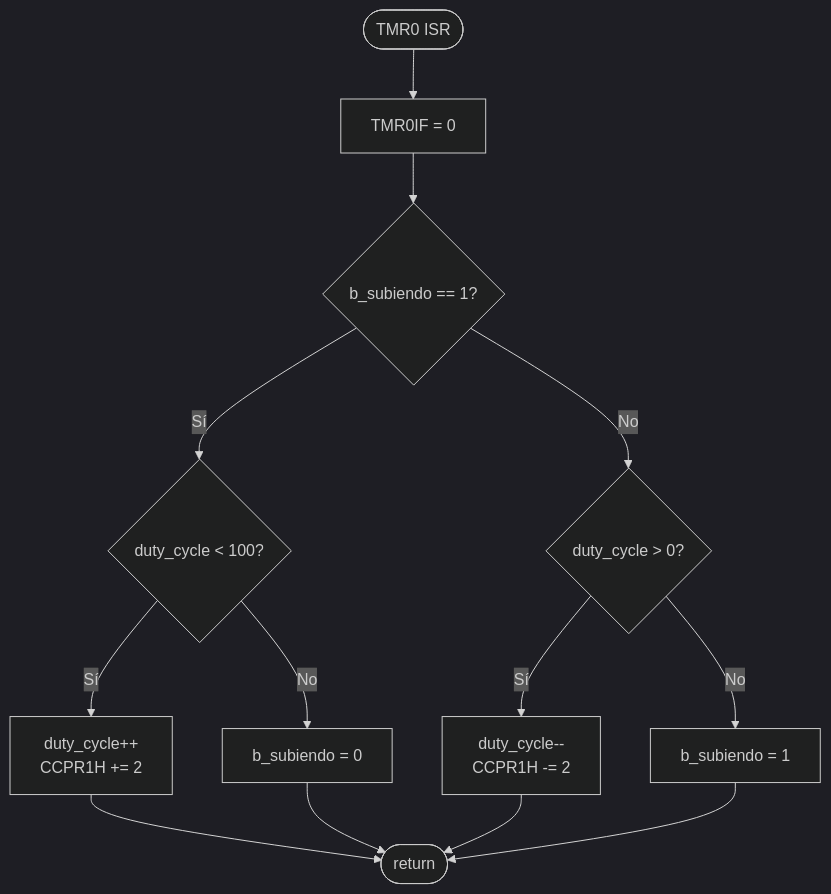
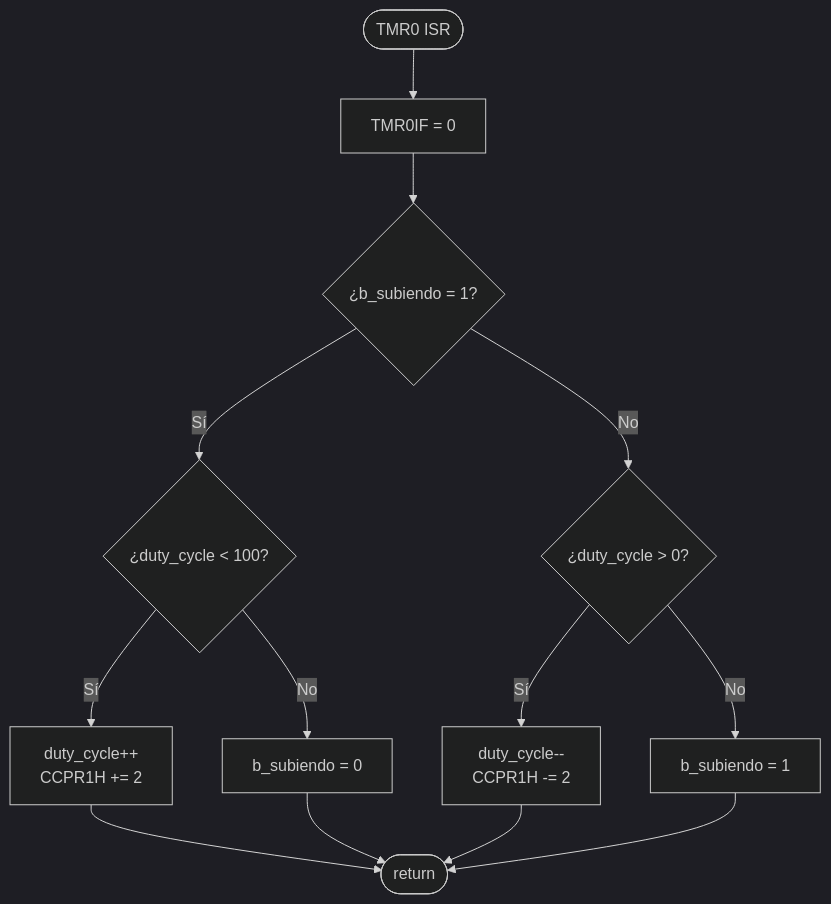
The second of 2 diagrams in README.md (remgo696/PIC18F47Q10-FadingLED), drawn with Mermaid (dark theme) before and after one commit. The commit also changed other lines of this file, not shown here.

Commit message:
Fix LaTeX formatting in README.md for PWM calculations and flowchart conditions

````diff
--- a/README.md
+++ b/README.md
@@ -293,20 +293,20 @@
 ```mermaid
 flowchart TD
     A([TMR0 ISR]) --> B["TMR0IF = 0"]
-    B --> C{"b_subiendo == 1?"}
+    B --> C{"¿b_subiendo = 1?"}
 
-    C -- Sí --> D{"duty_cycle < 100?"}
+    C -- Sí --> D{"¿duty_cycle < 100?"}
     D -- Sí --> E["duty_cycle++
     CCPR1H += 2"]
     D -- No --> F["b_subiendo = 0"]
 
-    C -- No --> G{"duty_cycle > 0?"}
+    C -- No --> G{"¿duty_cycle > 0?"}
     G -- Sí --> H["duty_cycle--
     CCPR1H -= 2"]
     G -- No --> I["b_subiendo = 1"]
 
     E --> J([return])
     F --> J
     H --> J
     I --> J
 ```
````
